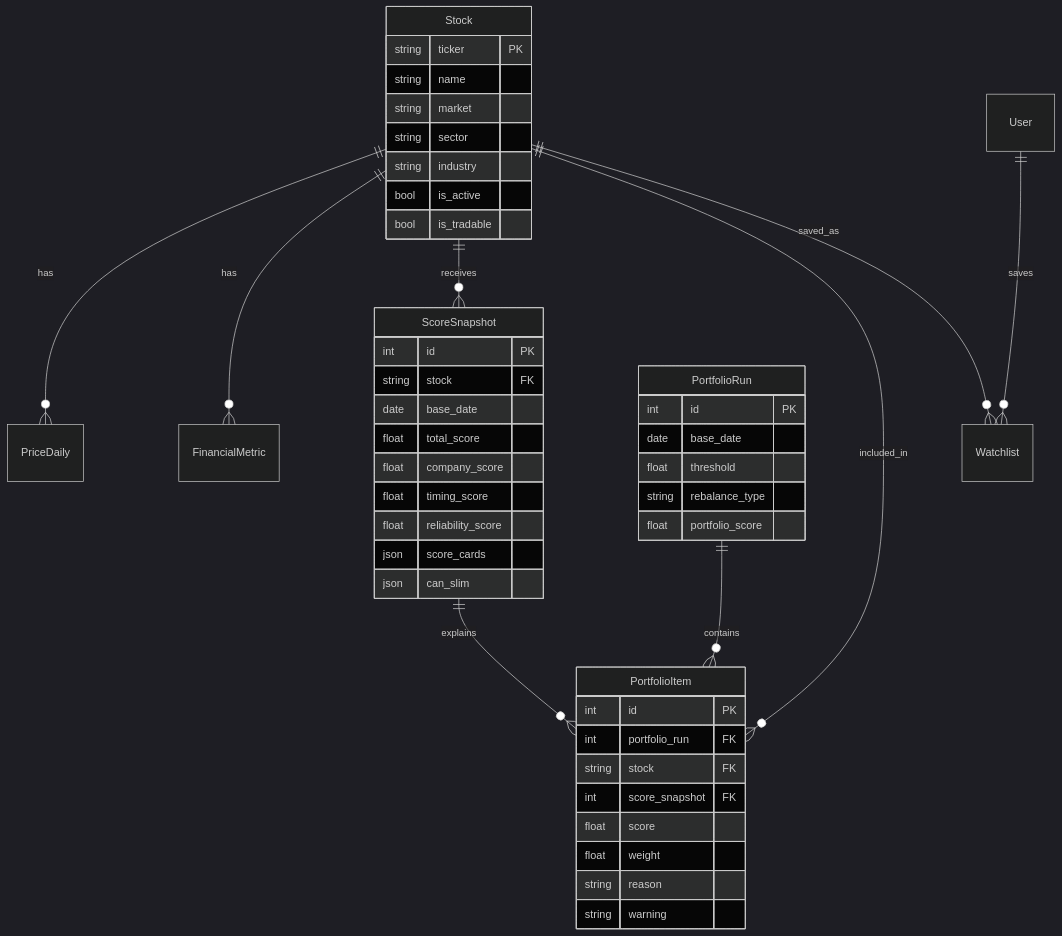
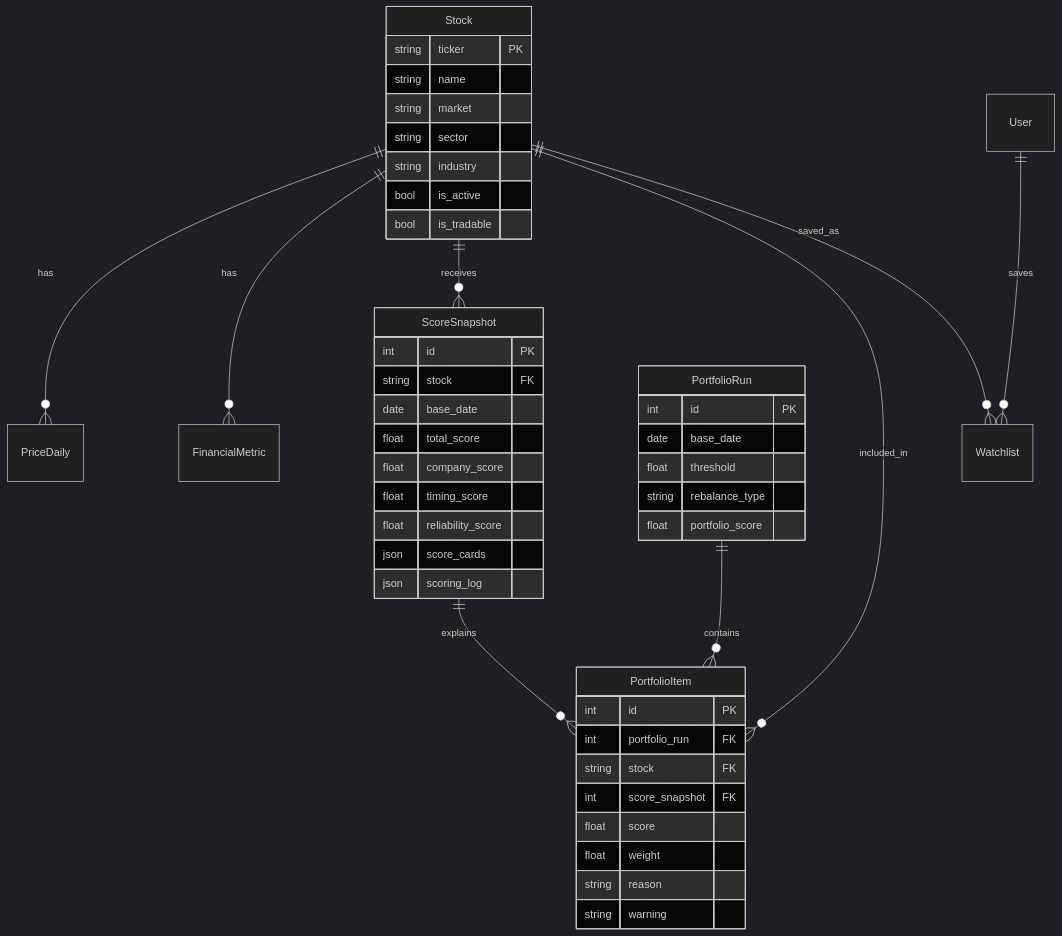
The second of 3 diagrams in docs/UML.md (Janjonghwa/Alphapick), drawn with Mermaid (dark theme) before and after one commit. The commit also changed other lines of this file and 80 other files, not shown here.

````diff
--- a/docs/UML.md
+++ b/docs/UML.md
@@ -18,52 +18,52 @@
 ```mermaid
 erDiagram
   Stock ||--o{ PriceDaily : has
   Stock ||--o{ FinancialMetric : has
   Stock ||--o{ ScoreSnapshot : receives
   PortfolioRun ||--o{ PortfolioItem : contains
   Stock ||--o{ PortfolioItem : included_in
   ScoreSnapshot ||--o{ PortfolioItem : explains
   User ||--o{ Watchlist : saves
   Stock ||--o{ Watchlist : saved_as
 
   Stock {
     string ticker PK
     string name
     string market
     string sector
     string industry
     bool is_active
     bool is_tradable
   }
 
   ScoreSnapshot {
     int id PK
     string stock FK
     date base_date
     float total_score
     float company_score
     float timing_score
     float reliability_score
     json score_cards
-    json can_slim
+    json scoring_log
   }
 
   PortfolioRun {
     int id PK
     date base_date
     float threshold
     string rebalance_type
     float portfolio_score
   }
 
   PortfolioItem {
     int id PK
     int portfolio_run FK
     string stock FK
     int score_snapshot FK
     float score
     float weight
     string reason
     string warning
   }
 ```
````
